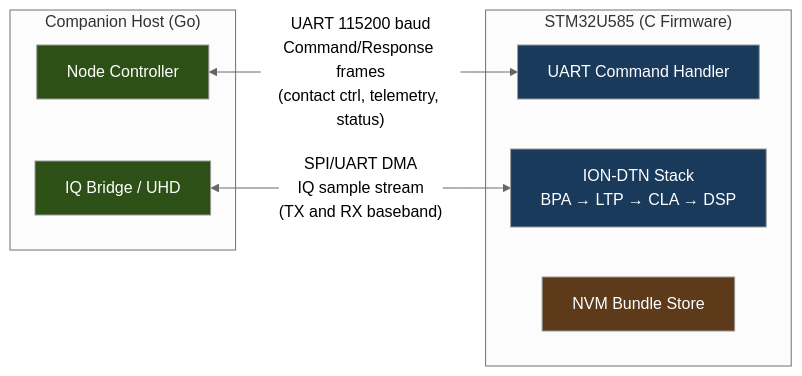
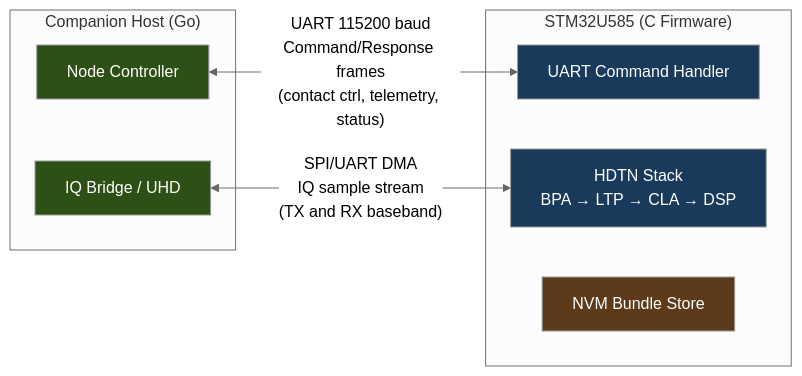
The second of 6 diagrams in docs/cubesat-em-phase2/design.md (g4dpz/cislunar_proposal), drawn with Mermaid (neutral theme) before and after one commit. The commit also changed other lines of this file and 18 other files, not shown here.

Commit message:
Migrate from ION-DTN to HDTN across all specs and website

````diff
--- a/docs/cubesat-em-phase2/design.md
+++ b/docs/cubesat-em-phase2/design.md
@@ -85,22 +85,22 @@
 ```mermaid
 graph LR
     subgraph "Companion Host (Go)"
         NC_GO[Node Controller]
         IQ_GO[IQ Bridge / UHD]
     end
 
     subgraph "STM32U585 (C Firmware)"
         UART_C[UART Command Handler]
-        ION[ION-DTN Stack<br/>BPA → LTP → CLA → DSP]
+        HDTN_STACK[HDTN Stack<br/>BPA → LTP → CLA → DSP]
         NVM[NVM Bundle Store]
     end
 
     NC_GO <-->|"UART 115200 baud<br/>Command/Response frames<br/>(contact ctrl, telemetry, status)"| UART_C
-    IQ_GO <-->|"SPI/UART DMA<br/>IQ sample stream<br/>(TX and RX baseband)"| ION
+    IQ_GO <-->|"SPI/UART DMA<br/>IQ sample stream<br/>(TX and RX baseband)"| HDTN_STACK
 
     style NC_GO fill:#2d5016,color:#fff
     style IQ_GO fill:#2d5016,color:#fff
     style UART_C fill:#1a3a5c,color:#fff
-    style ION fill:#1a3a5c,color:#fff
+    style HDTN_STACK fill:#1a3a5c,color:#fff
     style NVM fill:#5c3a1a,color:#fff
 ```
````
